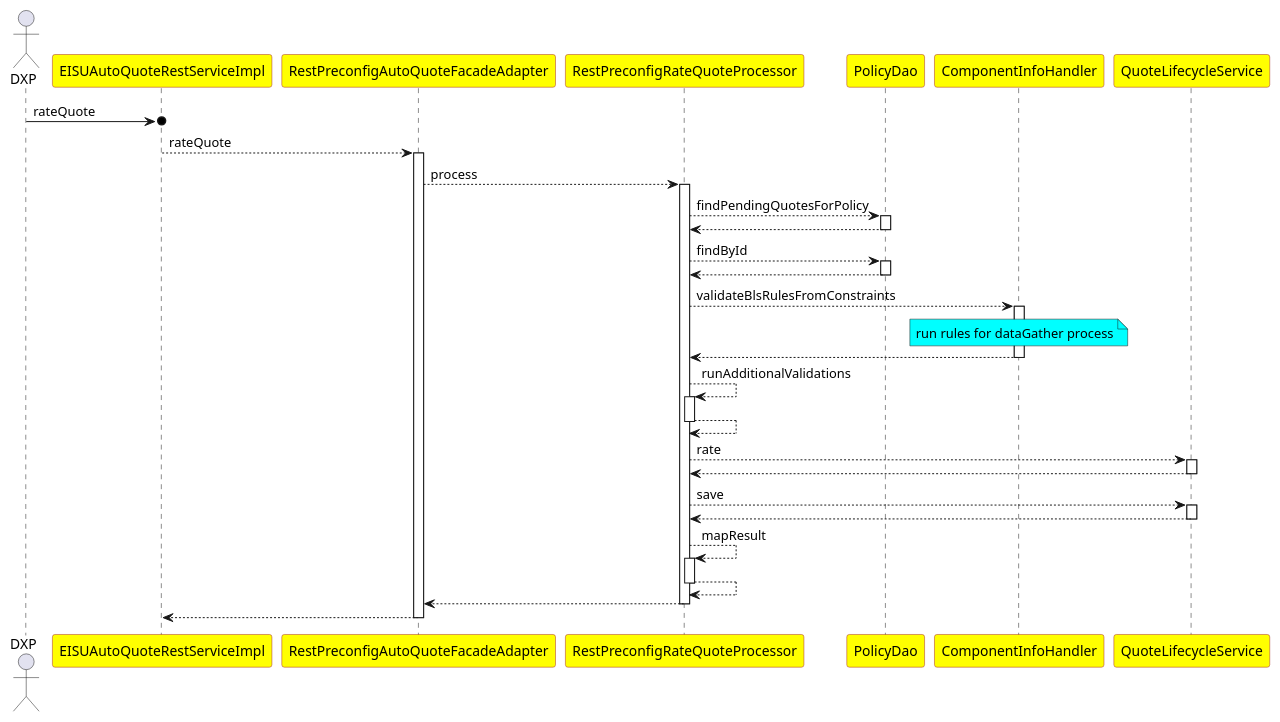
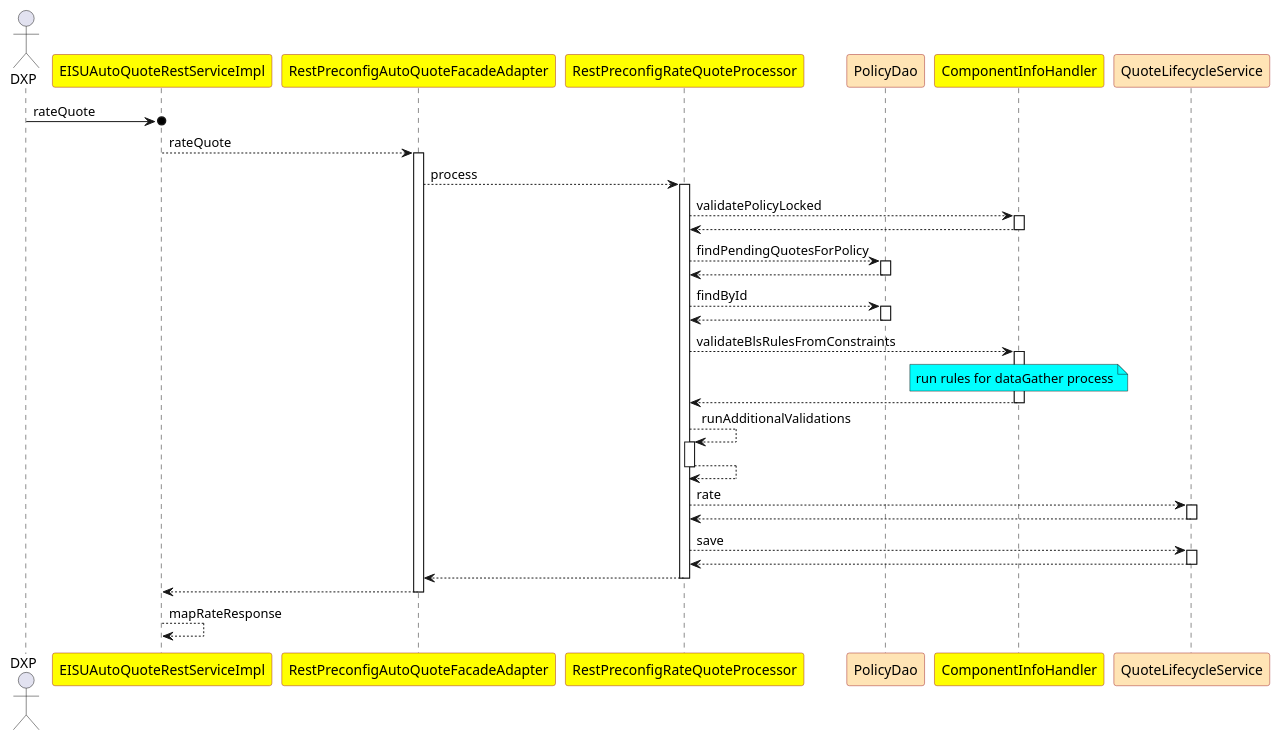
The diagram in qq-sequence-rate.puml (evgueni-spb/bootcamp), drawn with PlantUML before and after one commit. The commit also changed 5 other files, not shown here.

Commit message:
added qq sequence issue diagram

```diff
--- a/qq-sequence-rate.puml
+++ b/qq-sequence-rate.puml
@@ -1,41 +1,43 @@
 @startuml
 
 skinparam  participant {
   BackgroundColor yellow
   BorderColor brown
 }
 
 actor DXP
 
 participant EISUAutoQuoteRestServiceImpl
 participant RestPreconfigAutoQuoteFacadeAdapter
 participant RestPreconfigRateQuoteProcessor
-participant PolicyDao
+participant PolicyDao #moccasin
 participant ComponentInfoHandler
-participant QuoteLifecycleService
+participant QuoteLifecycleService #moccasin
 
 DXP ->o EISUAutoQuoteRestServiceImpl:rateQuote
 EISUAutoQuoteRestServiceImpl --> RestPreconfigAutoQuoteFacadeAdapter ++: rateQuote
 RestPreconfigAutoQuoteFacadeAdapter --> RestPreconfigRateQuoteProcessor ++: process
+RestPreconfigRateQuoteProcessor --> ComponentInfoHandler++:validatePolicyLocked
+return
 RestPreconfigRateQuoteProcessor --> PolicyDao ++ :findPendingQuotesForPolicy
 return
 RestPreconfigRateQuoteProcessor --> PolicyDao ++ :findById
 return
 RestPreconfigRateQuoteProcessor --> ComponentInfoHandler++:validateBlsRulesFromConstraints
 note over ComponentInfoHandler #aqua: run rules for dataGather process
 return
 RestPreconfigRateQuoteProcessor --> RestPreconfigRateQuoteProcessor ++:runAdditionalValidations
 return
 RestPreconfigRateQuoteProcessor --> QuoteLifecycleService ++:rate
 return
 RestPreconfigRateQuoteProcessor --> QuoteLifecycleService ++:save
 return
-RestPreconfigRateQuoteProcessor --> RestPreconfigRateQuoteProcessor ++:mapResult
 return
 return
-return
+EISUAutoQuoteRestServiceImpl --> EISUAutoQuoteRestServiceImpl :mapRateResponse
+
 
 
 
 
 @enduml
```
